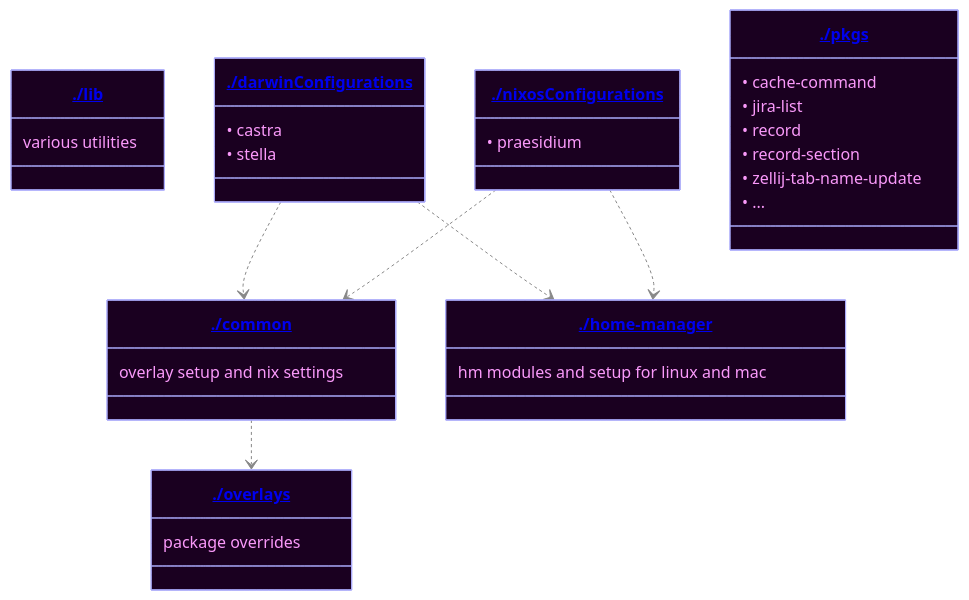
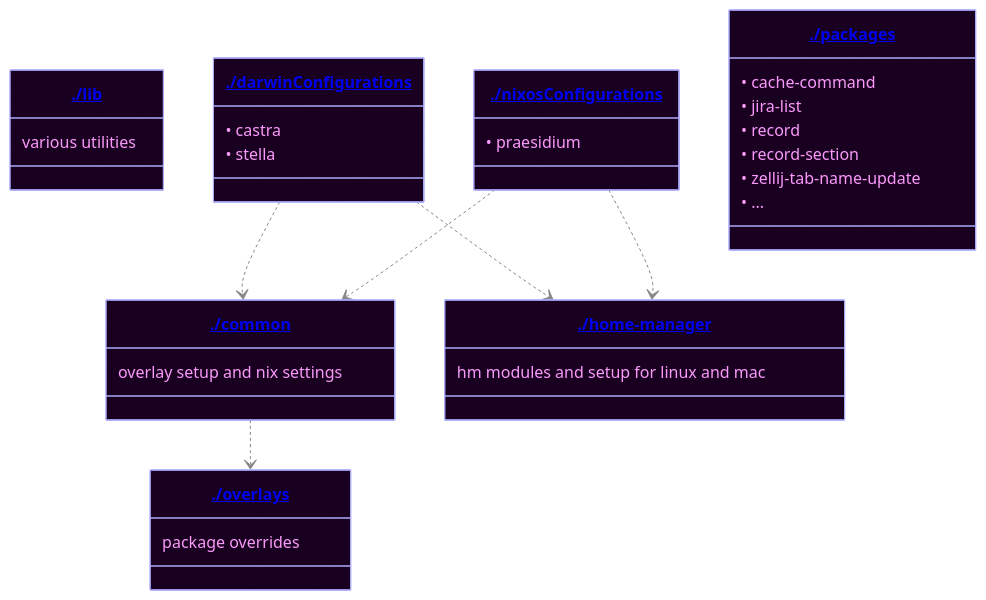
Before and after one commit to xav-ie/dots: the diagram in README.md, drawn with Mermaid. The commit also changed other lines of this file and 21 other files, not shown here.

First line of the commit message:
chore(pkgs): rename to packages

````diff
--- a/README.md
+++ b/README.md
@@ -10,41 +10,41 @@
 ```mermaid
 ---
 config:
   theme: base
   themeVariables:
     primaryColor: "#1a0020"
     primaryTextColor: "#fa99fa"
     primaryBorderColor: "#aaaafa"
     lineColor: "#888"
     fontFamily: "monospace"
 ---
 classDiagram
     %% Unfortunately, we cannot use relative links and must specify a branch :/
     class lib["<a href='https://github.com/xav-ie/dots/tree/main/lib'>./lib</a>"]
     class common["<a href='https://github.com/xav-ie/dots/tree/main/common'>./common</a>"]
     class darwinConfigurations["<a href='https://github.com/xav-ie/dots/tree/main/darwinConfigurations'>./darwinConfigurations</a>"]
     class home-manager["<a href='https://github.com/xav-ie/dots/tree/main/home-manager'>./home-manager</a>"]
     class nixosConfigurations["<a href='https://github.com/xav-ie/dots/tree/main/nixosConfigurations'>./nixosConfigurations</a>"]
     class overlays["<a href='https://github.com/xav-ie/dots/tree/main/overlays'>./overlays</a>"]
-    class pkgs["<a href='https://github.com/xav-ie/dots/tree/main/pkgs'>./pkgs</a>"]
+    class packages["<a href='https://github.com/xav-ie/dots/tree/main/packages'>./packages</a>"]
 
     lib: various utilities
     common: overlay setup and nix settings
     darwinConfigurations: • castra
     darwinConfigurations: • stella
     home-manager: hm modules and setup for linux and mac
     nixosConfigurations: • praesidium
     overlays: package overrides
-    pkgs: • cache-command
-    pkgs: • jira-list
-    pkgs: • record
-    pkgs: • record-section
-    pkgs: • zellij-tab-name-update
-    pkgs: • ...
+    packages: • cache-command
+    packages: • jira-list
+    packages: • record
+    packages: • record-section
+    packages: • zellij-tab-name-update
+    packages: • ...
 
     common ..> overlays
     darwinConfigurations ..> common
     darwinConfigurations ..> home-manager
     nixosConfigurations ..> common
     nixosConfigurations ..> home-manager
 ```
````
